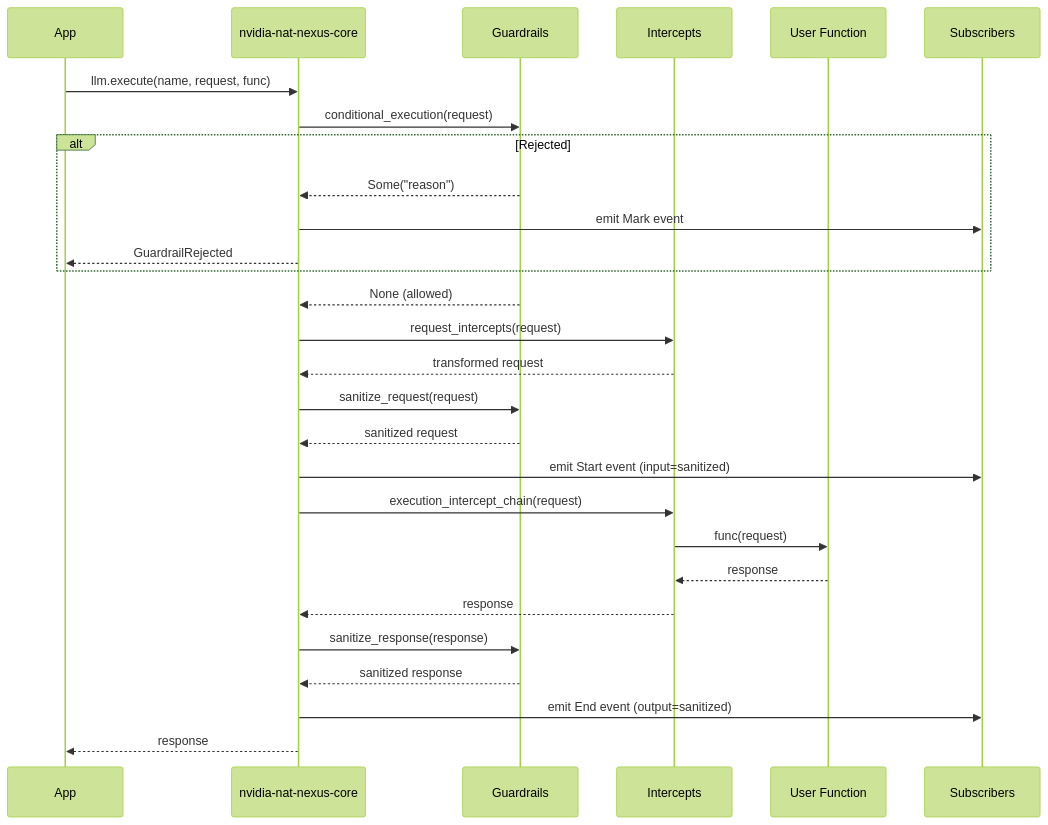
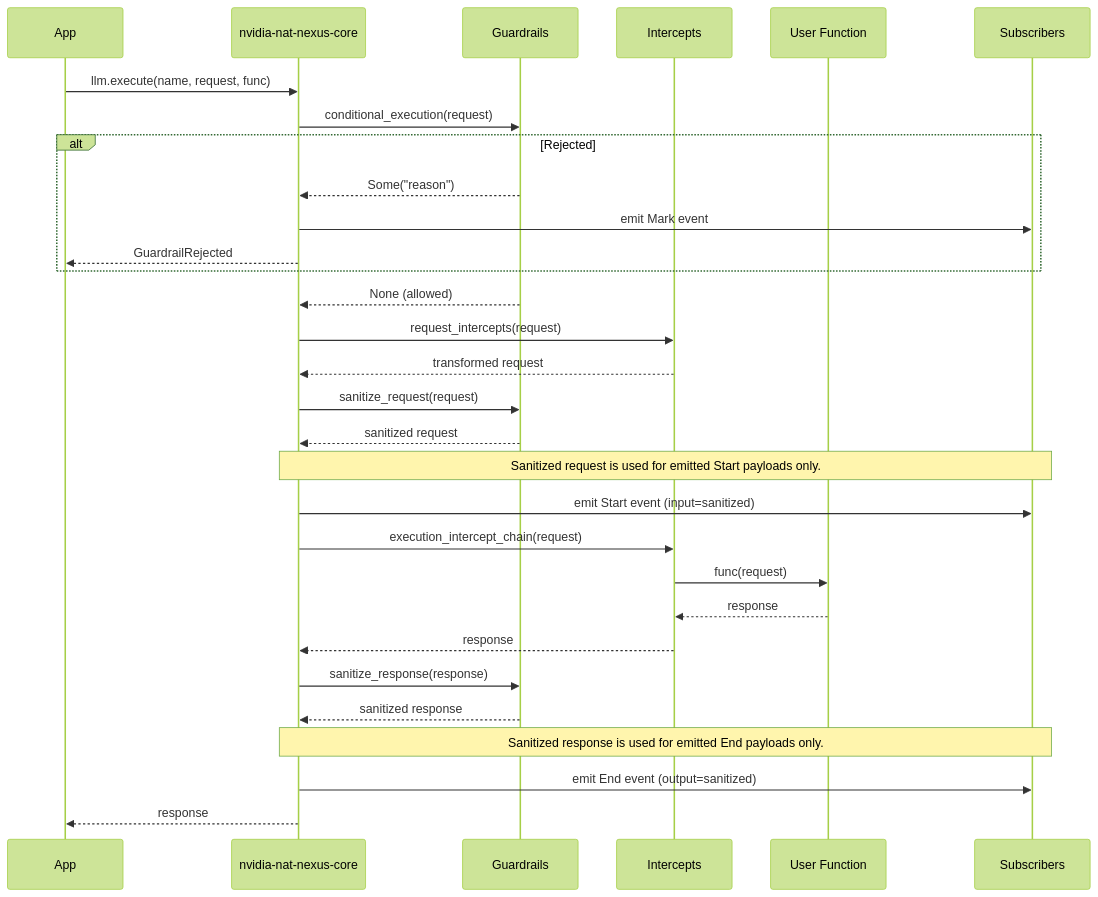
One commit to NVIDIA/NeMo-Relay changed the fourth of 4 diagrams in docs/architecture.md. Above: the diagram before and after it, drawn with Mermaid (forest theme). The commit also changed 8 other files, not shown here.

````diff
--- a/docs/architecture.md
+++ b/docs/architecture.md
@@ -168,31 +168,33 @@
 ```mermaid
 sequenceDiagram
     participant App
     participant Core as nvidia-nat-nexus-core
     participant Guards as Guardrails
     participant Ints as Intercepts
     participant Func as User Function
     participant Subs as Subscribers
 
     App->>Core: llm.execute(name, request, func)
     Core->>Guards: conditional_execution(request)
     alt Rejected
         Guards-->>Core: Some("reason")
         Core->>Subs: emit Mark event
         Core-->>App: GuardrailRejected
     end
     Guards-->>Core: None (allowed)
     Core->>Ints: request_intercepts(request)
     Ints-->>Core: transformed request
     Core->>Guards: sanitize_request(request)
     Guards-->>Core: sanitized request
+    Note over Core,Subs: Sanitized request is used for emitted Start payloads only.
     Core->>Subs: emit Start event (input=sanitized)
     Core->>Ints: execution_intercept_chain(request)
     Ints->>Func: func(request)
     Func-->>Ints: response
     Ints-->>Core: response
     Core->>Guards: sanitize_response(response)
     Guards-->>Core: sanitized response
+    Note over Core,Subs: Sanitized response is used for emitted End payloads only.
     Core->>Subs: emit End event (output=sanitized)
     Core-->>App: response
 ```
````
